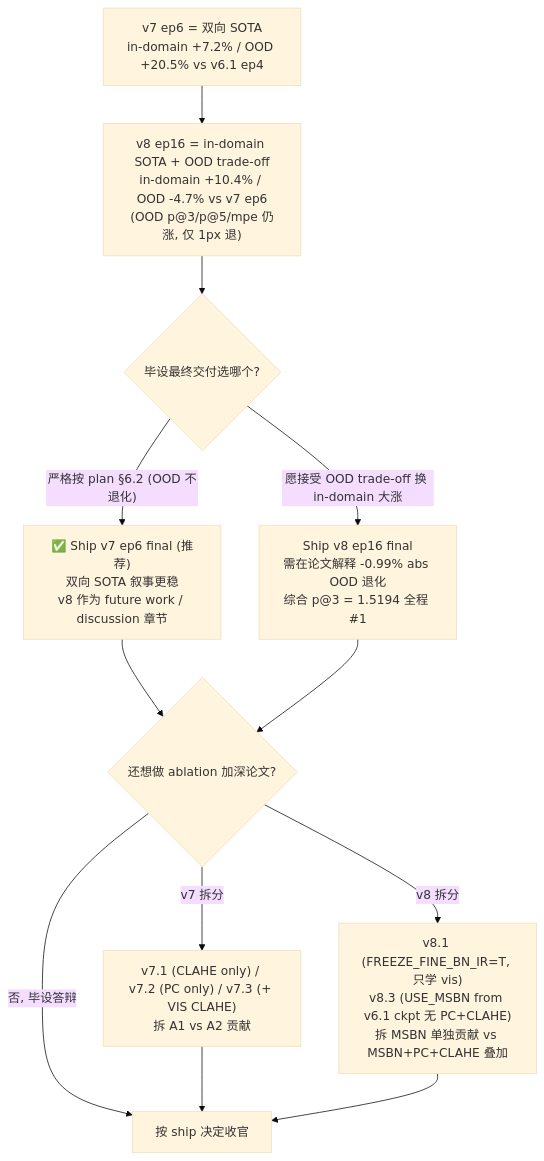
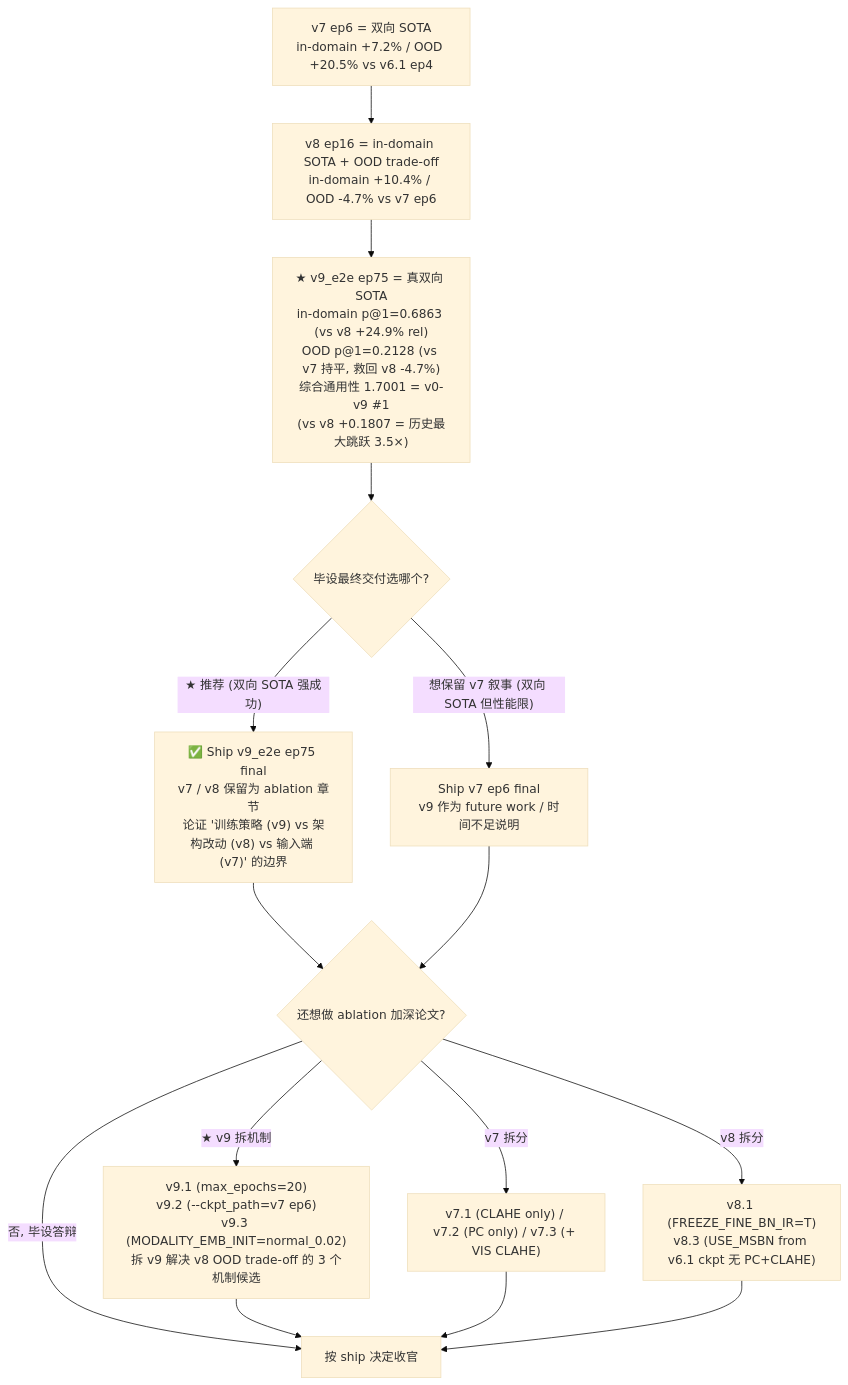
Before and after one commit to abirdlikefish/eloftr: the second of 2 diagrams in .cursor/skills/eloftr-cross-modal-experiments/SKILL.md, drawn with Mermaid (base theme). The commit also changed other lines of this file and 28 other files, not shown here.

````diff
--- a/.cursor/skills/eloftr-cross-modal-experiments/SKILL.md
+++ b/.cursor/skills/eloftr-cross-modal-experiments/SKILL.md
@@ -160,14 +169,17 @@
 ```mermaid
 flowchart TD
-    v7done["v7 ep6 = 双向 SOTA<br/>in-domain +7.2% / OOD +20.5% vs v6.1 ep4"] --> v8done["v8 ep16 = in-domain SOTA + OOD trade-off<br/>in-domain +10.4% / OOD -4.7% vs v7 ep6<br/>(OOD p@3/p@5/mpe 仍涨, 仅 1px 退)"]
-    v8done --> shipopt{"毕设最终交付选哪个?"}
-    shipopt -->|"严格按 plan §6.2 (OOD 不退化)"| ship_v7["✅ Ship v7 ep6 final (推荐)<br/>双向 SOTA 叙事更稳<br/>v8 作为 future work / discussion 章节"]
-    shipopt -->|"愿接受 OOD trade-off 换 in-domain 大涨"| ship_v8["Ship v8 ep16 final<br/>需在论文解释 -0.99% abs OOD 退化<br/>综合 p@3 = 1.5194 全程 #1"]
-    ship_v7 --> nextopt{"还想做 ablation 加深论文?"}
-    ship_v8 --> nextopt
-    nextopt -->|"v7 拆分"| v7ablation["v7.1 (CLAHE only) / v7.2 (PC only) / v7.3 (+ VIS CLAHE)<br/>拆 A1 vs A2 贡献"]
-    nextopt -->|"v8 拆分"| v8ablation["v8.1 (FREEZE_FINE_BN_IR=T, 只学 vis)<br/>v8.3 (USE_MSBN from v6.1 ckpt 无 PC+CLAHE)<br/>拆 MSBN 单独贡献 vs MSBN+PC+CLAHE 叠加"]
+    v7done["v7 ep6 = 双向 SOTA<br/>in-domain +7.2% / OOD +20.5% vs v6.1 ep4"] --> v8done["v8 ep16 = in-domain SOTA + OOD trade-off<br/>in-domain +10.4% / OOD -4.7% vs v7 ep6"]
+    v8done --> v9done["★ v9_e2e ep75 = 真双向 SOTA<br/>in-domain p@1=0.6863 (vs v8 +24.9% rel)<br/>OOD p@1=0.2128 (vs v7 持平, 救回 v8 -4.7%)<br/>综合通用性 1.7001 = v0-v9 #1<br/>(vs v8 +0.1807 = 历史最大跳跃 3.5×)"]
+    v9done --> shipopt{"毕设最终交付选哪个?"}
+    shipopt -->|"★ 推荐 (双向 SOTA 强成功)"| ship_v9["✅ Ship v9_e2e ep75 final<br/>v7 / v8 保留为 ablation 章节<br/>论证 '训练策略 (v9) vs 架构改动 (v8) vs 输入端 (v7)' 的边界"]
+    shipopt -->|"想保留 v7 叙事 (双向 SOTA 但性能限)"| ship_v7["Ship v7 ep6 final<br/>v9 作为 future work / 时间不足说明"]
+    ship_v9 --> nextopt{"还想做 ablation 加深论文?"}
+    ship_v7 --> nextopt
+    nextopt -->|"★ v9 拆机制"| v9ablation["v9.1 (max_epochs=20)<br/>v9.2 (--ckpt_path=v7 ep6)<br/>v9.3 (MODALITY_EMB_INIT=normal_0.02)<br/>拆 v9 解决 v8 OOD trade-off 的 3 个机制候选"]
+    nextopt -->|"v7 拆分"| v7ablation["v7.1 (CLAHE only) / v7.2 (PC only) / v7.3 (+ VIS CLAHE)"]
+    nextopt -->|"v8 拆分"| v8ablation["v8.1 (FREEZE_FINE_BN_IR=T)<br/>v8.3 (USE_MSBN from v6.1 ckpt 无 PC+CLAHE)"]
     nextopt -->|"否, 毕设答辩"| done["按 ship 决定收官"]
+    v9ablation --> done
     v7ablation --> done
     v8ablation --> done
 ```
````
